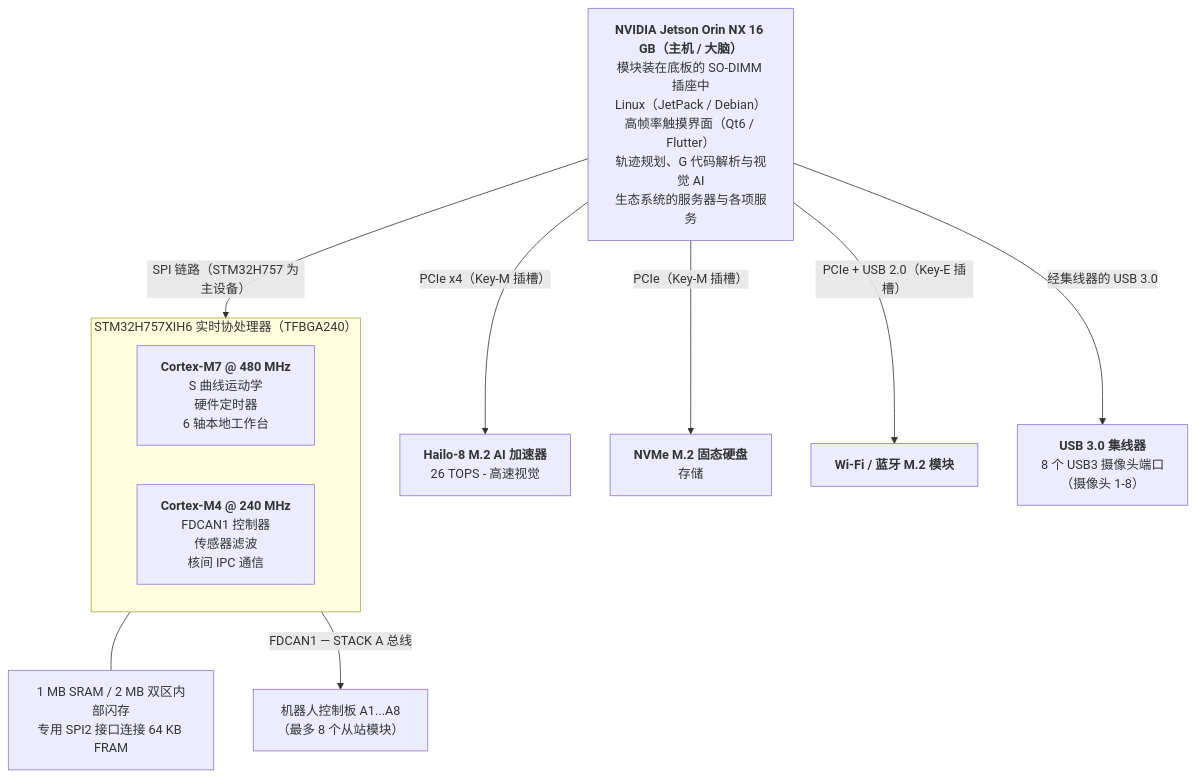
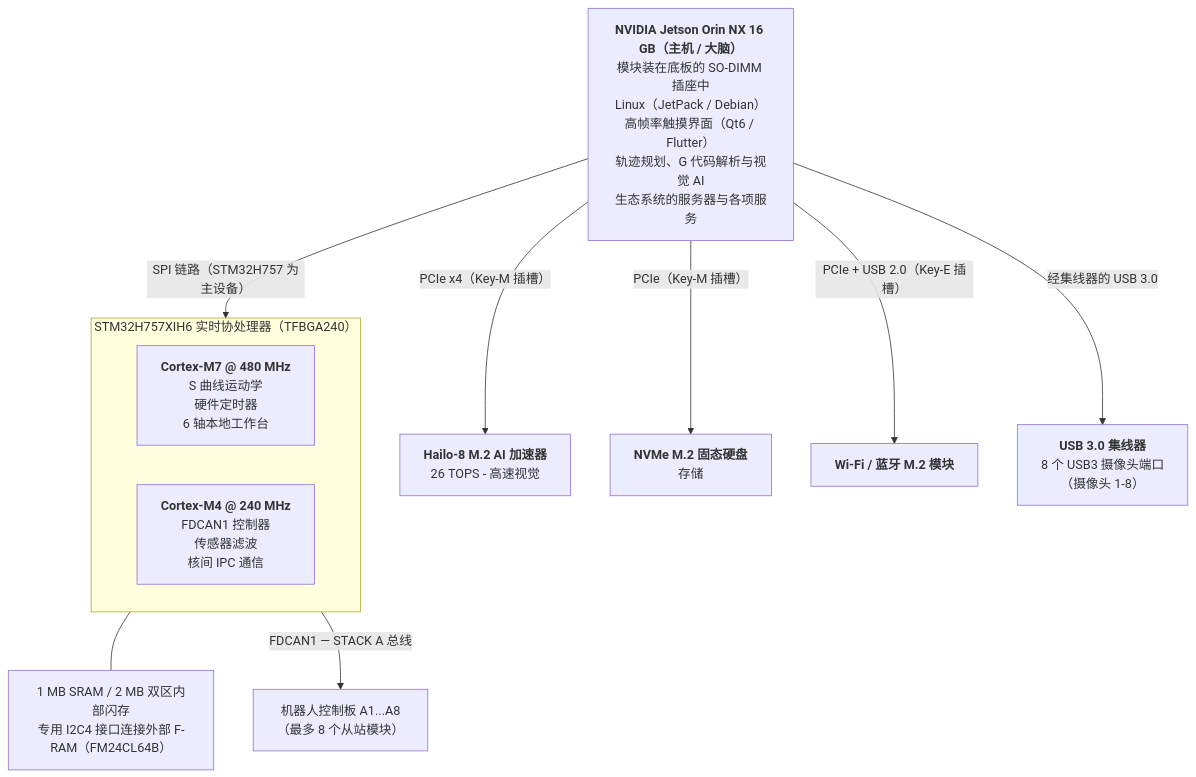
One commit to JuanenRac/HYDRA-UMC changed the first of 3 diagrams in README_zho.md. Above: the diagram before and after it, drawn with Mermaid. The commit also changed other lines of this file and 10 other files, not shown here.

Commit message:
README: F-RAM on I2C4 in the block diagram and host-neutral description of the OS image folder

````diff
--- a/README_zho.md
+++ b/README_zho.md
@@ -95,21 +95,21 @@
 ```mermaid
 flowchart TB
     JETSON["<b>NVIDIA Jetson Orin NX 16 GB（主机 / 大脑）</b><br/>模块装在底板的 SO-DIMM 插座中<br/>Linux（JetPack / Debian）<br/>高帧率触摸界面（Qt6 / Flutter）<br/>轨迹规划、G 代码解析与视觉 AI<br/>生态系统的服务器与各项服务"]
 
     JETSON -- "PCIe x4（Key-M 插槽）" --> HAILO8["<b>Hailo-8 M.2 AI 加速器</b><br/>26 TOPS - 高速视觉"]
     JETSON -- "PCIe（Key-M 插槽）" --> NVME["<b>NVMe M.2 固态硬盘</b><br/>存储"]
     JETSON -- "PCIe + USB 2.0（Key-E 插槽）" --> WIFI["<b>Wi-Fi / 蓝牙 M.2 模块</b>"]
     JETSON -- "经集线器的 USB 3.0" --> HUBS["<b>USB 3.0 集线器</b><br/>8 个 USB3 摄像头端口<br/>（摄像头 1-8）"]
 
     JETSON -- "SPI 链路（STM32H757 为主设备）" --> MCU
 
     subgraph MCU["STM32H757XIH6 实时协处理器（TFBGA240）"]
         direction LR
         CM7["<b>Cortex-M7 @ 480 MHz</b><br/>S 曲线运动学<br/>硬件定时器<br/>6 轴本地工作台"]
         CM4["<b>Cortex-M4 @ 240 MHz</b><br/>FDCAN1 控制器<br/>传感器滤波<br/>核间 IPC 通信"]
     end
-    MEM["1 MB SRAM / 2 MB 双区内部闪存<br/>专用 SPI2 接口连接 64 KB FRAM"]
+    MEM["1 MB SRAM / 2 MB 双区内部闪存<br/>专用 I2C4 接口连接外部 F-RAM（FM24CL64B）"]
     MCU --- MEM
 
     MCU -- "FDCAN1 — STACK A 总线" --> ROBOTS["机器人控制板 A1...A8<br/>（最多 8 个从站模块）"]
 ```
````
